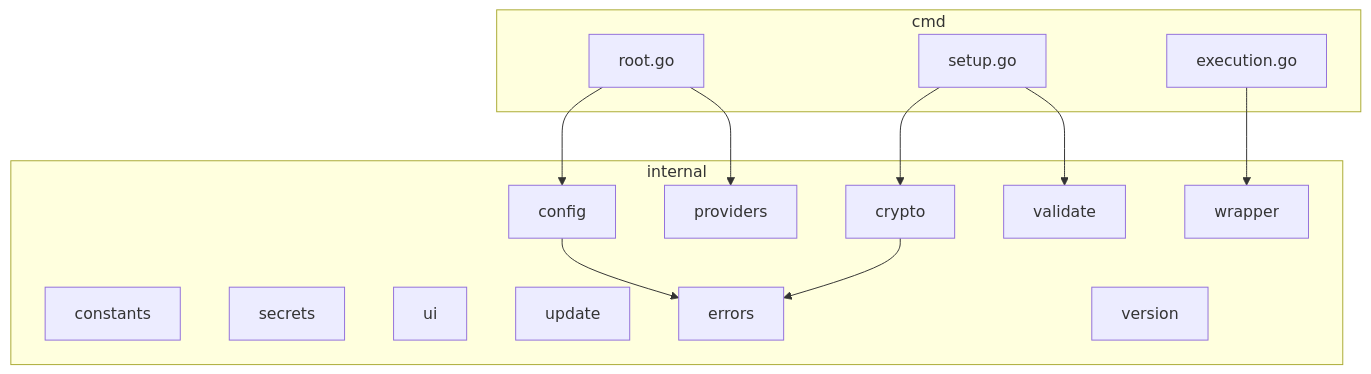
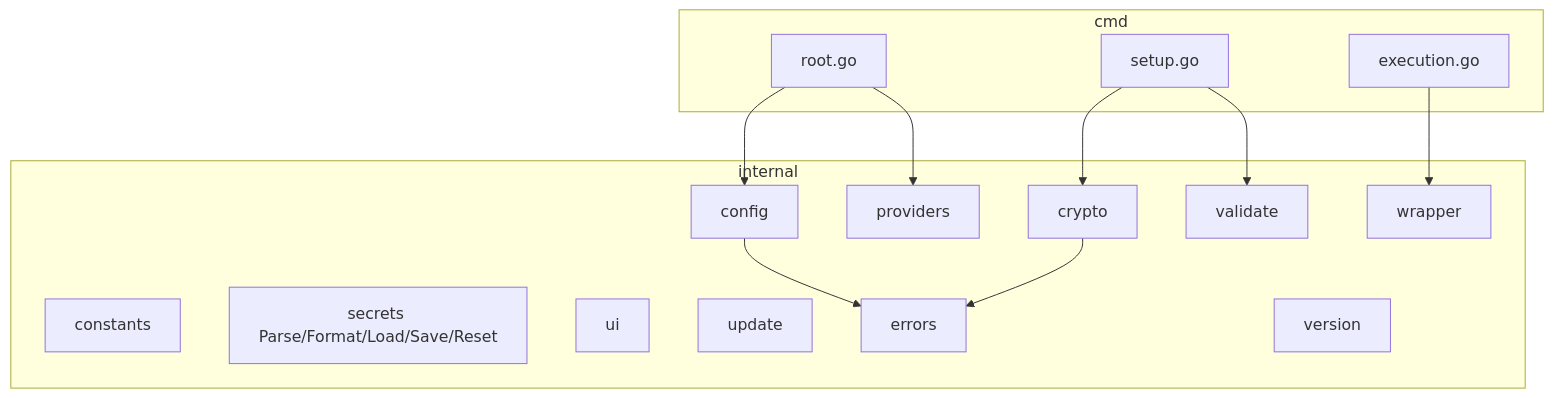
Before and after one commit to dkmnx/kairo: the first of 2 diagrams in internal/README.md, drawn with Mermaid. The commit also changed other lines of this file and 12 other files, not shown here.

````diff
--- a/internal/README.md
+++ b/internal/README.md
@@ -7,30 +7,30 @@
 ```mermaid
 flowchart TB
     subgraph cmd[cmd]
         Root[root.go]
         Setup[setup.go]
         Exec[execution.go]
     end
 
     subgraph internal[internal]
         Config[config]
         Constants[constants]
         Crypto[crypto]
         Providers[providers]
-        Secrets[secrets]
+        Secrets[secrets Parse/Format/Load/Save/Reset]
         UI[ui]
         Update[update]
         Validate[validate]
         Wrapper[wrapper]
         Errors[errors]
         Version[version]
     end
 
     Root --> Config
     Root --> Providers
     Setup --> Crypto
     Setup --> Validate
     Exec --> Wrapper
     Config --> Errors
     Crypto --> Errors
 ```
````
